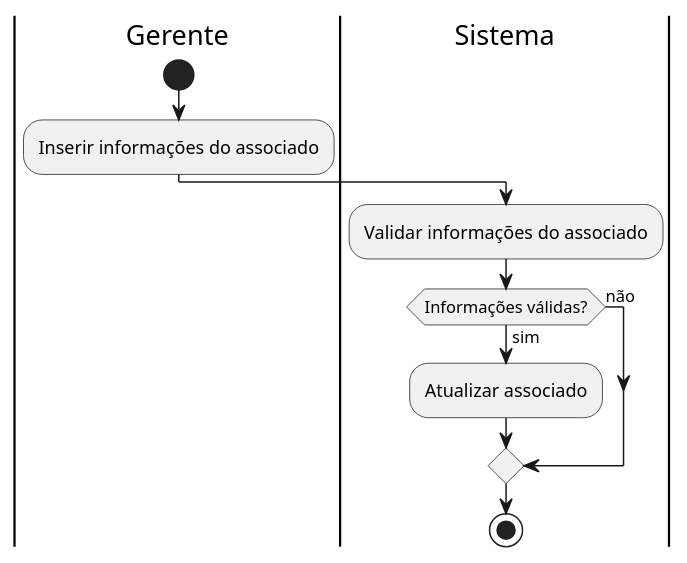
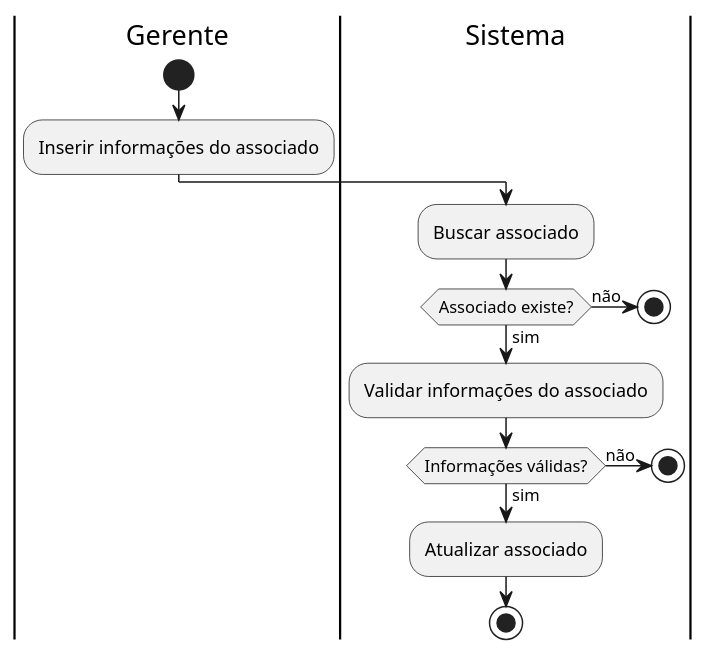
Before and after one commit to araujofs/sst: the diagram in specs/diagrams/classes/metodos/gerente/editar_associado.puml, drawn with PlantUML. The commit also changed 22 other files, not shown here.

```diff
--- a/specs/diagrams/classes/metodos/gerente/editar_associado.puml
+++ b/specs/diagrams/classes/metodos/gerente/editar_associado.puml
@@ -1,15 +1,22 @@
 @startuml editar associado
 |Gerente|
 start
 :Inserir informações do associado;
 
 |Sistema|
-:Validar informações do associado;
+:Buscar associado;
 
-if (Informações válidas?) then (sim)
-  :Atualizar associado;
+if (Associado existe?) then (sim)
+  :Validar informações do associado;
+
+  if (Informações válidas?) then (sim)
+    :Atualizar associado;
+  else (não)
+    stop
+  endif
 else (não)
+  stop
 endif
 
 stop
 @enduml
```
